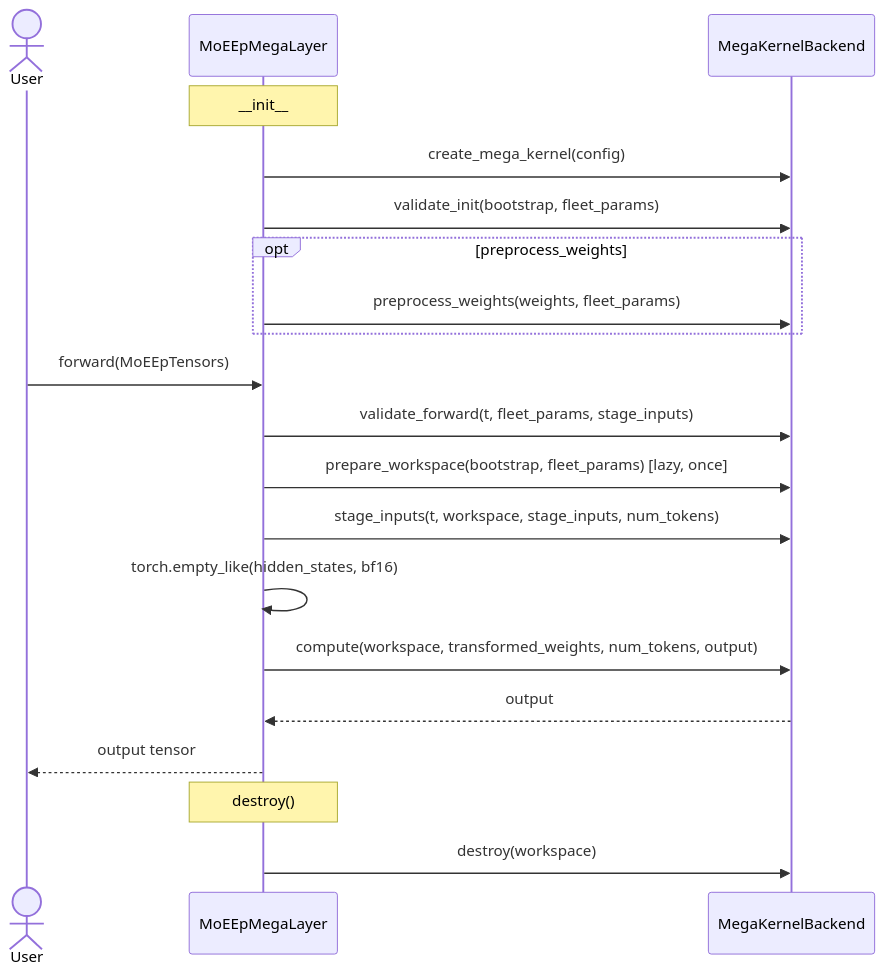
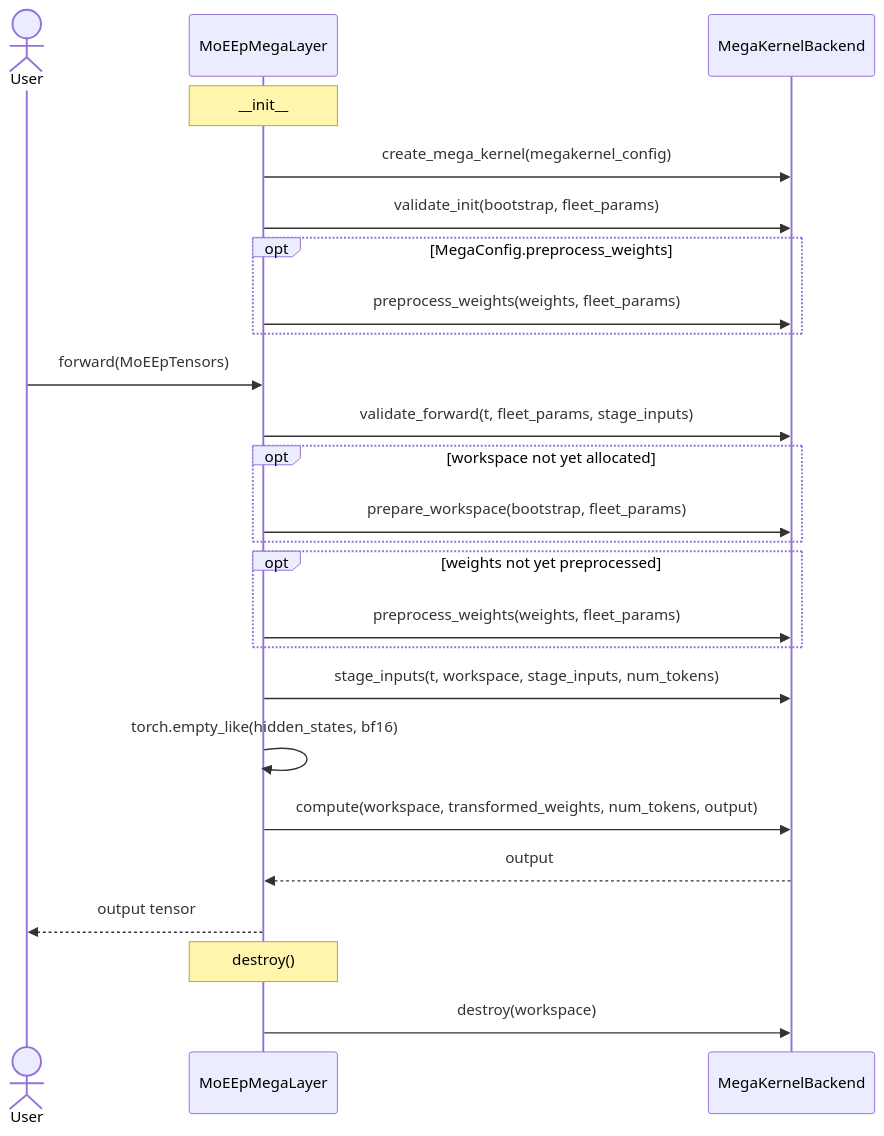
Before and after one commit to flashinfer-ai/flashinfer: the third of 3 diagrams in flashinfer/moe_ep_v2/design.md, drawn with Mermaid. The commit also changed other lines of this file, not shown here.

````diff
--- a/flashinfer/moe_ep_v2/design.md
+++ b/flashinfer/moe_ep_v2/design.md
@@ -133,26 +176,31 @@
 ```mermaid
 sequenceDiagram
     actor User
     participant Layer as MoEEpMegaLayer
     participant Kernel as MegaKernelBackend
 
     Note over Layer: __init__
-    Layer->>Kernel: create_mega_kernel(config)
+    Layer->>Kernel: create_mega_kernel(megakernel_config)
     Layer->>Kernel: validate_init(bootstrap, fleet_params)
-    opt preprocess_weights
+    opt MegaConfig.preprocess_weights
         Layer->>Kernel: preprocess_weights(weights, fleet_params)
     end
 
     User->>Layer: forward(MoEEpTensors)
     Layer->>Kernel: validate_forward(t, fleet_params, stage_inputs)
-    Layer->>Kernel: prepare_workspace(bootstrap, fleet_params) [lazy, once]
+    opt workspace not yet allocated
+        Layer->>Kernel: prepare_workspace(bootstrap, fleet_params)
+    end
+    opt weights not yet preprocessed
+        Layer->>Kernel: preprocess_weights(weights, fleet_params)
+    end
     Layer->>Kernel: stage_inputs(t, workspace, stage_inputs, num_tokens)
 
     Layer->>Layer: torch.empty_like(hidden_states, bf16)
     Layer->>Kernel: compute(workspace, transformed_weights, num_tokens, output)
     Kernel-->>Layer: output
     Layer-->>User: output tensor
 
     Note over Layer: destroy()
     Layer->>Kernel: destroy(workspace)
 ```
````
